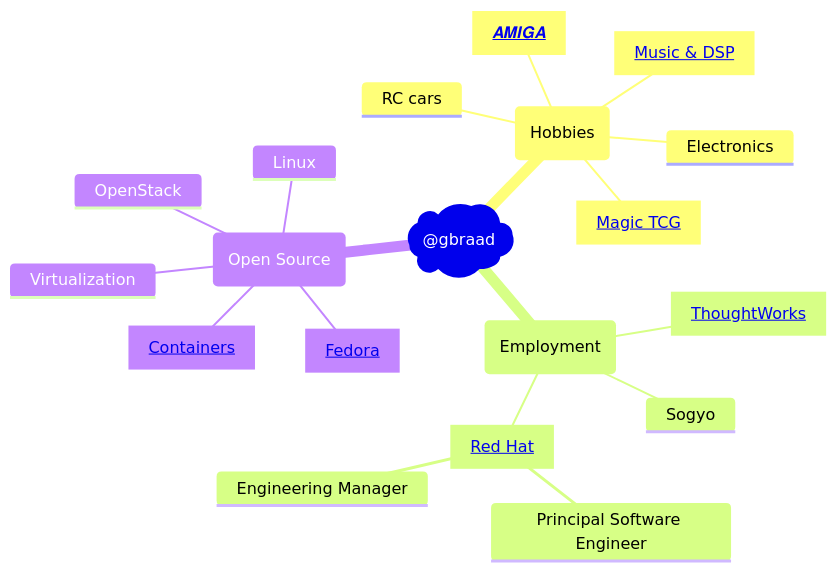
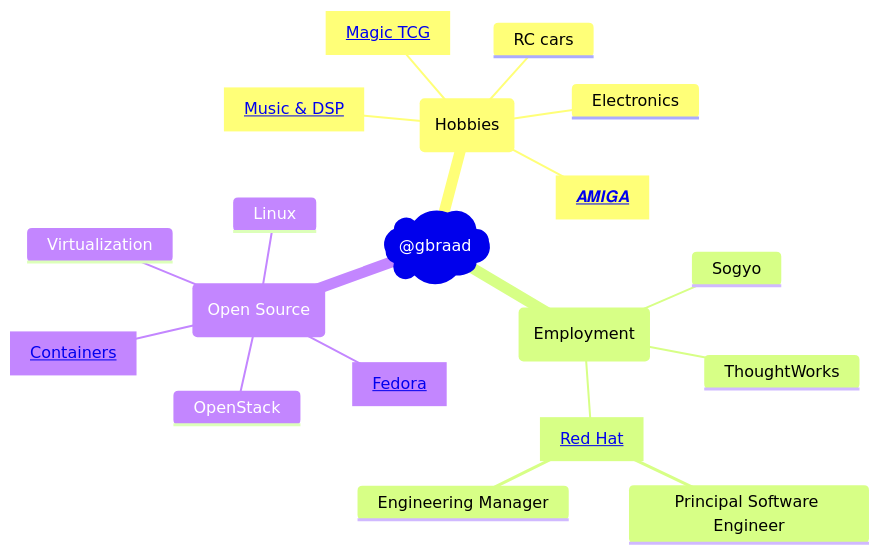
The diagram in README.md (gbraad/gbraad), drawn with Mermaid before and after one commit.

````diff
--- a/README.md
+++ b/README.md
@@ -34,22 +34,22 @@
 ```mermaid
 mindmap
    root)@gbraad(
       (Hobbies)
          ["`<a href='https://en.wikipedia.org/wiki/Amiga'>𝑨𝑴𝑰𝑮𝑨</a>`"]
          ["`<a href='https://github.com/gbraad-music/'>Music & DSP</a>`"]
          Electronics
          RC cars
          ["`<a href='https://github.com/gbraad-gaming/'>Magic TCG</a>`"]
       (Employment)
          Sogyo
-         ["`<a href='https://github.com/gbraad-thoughtworks/'>ThoughtWorks</a>`"]
+         ThoughtWorks
          ["`<a href='https://github.com/gbraad-redhat/'>Red Hat</a>`"]
             Principal Software Engineer
             Engineering Manager
       (Open Source)
          Linux
          ["`<a href='https://github.com/gbraad-fedora/'>Fedora</a>`"]
          OpenStack
          ["`<a href='https://github.com/gbraad-containers/'>Containers</a>`"]
          Virtualization
 ```
````
